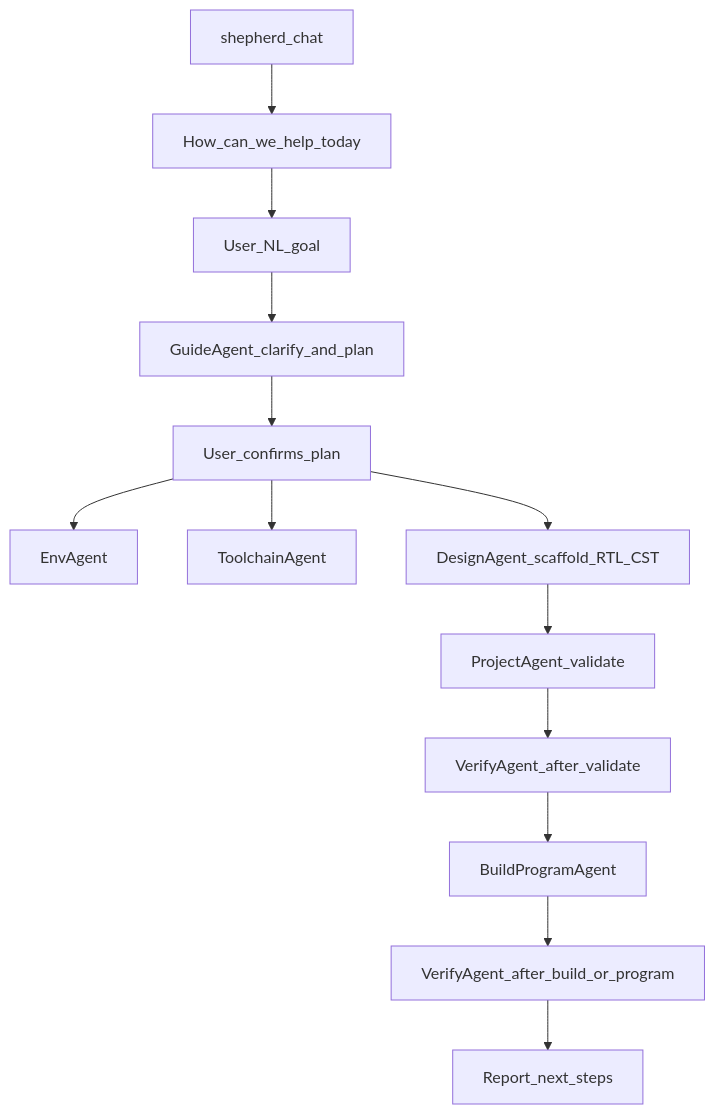
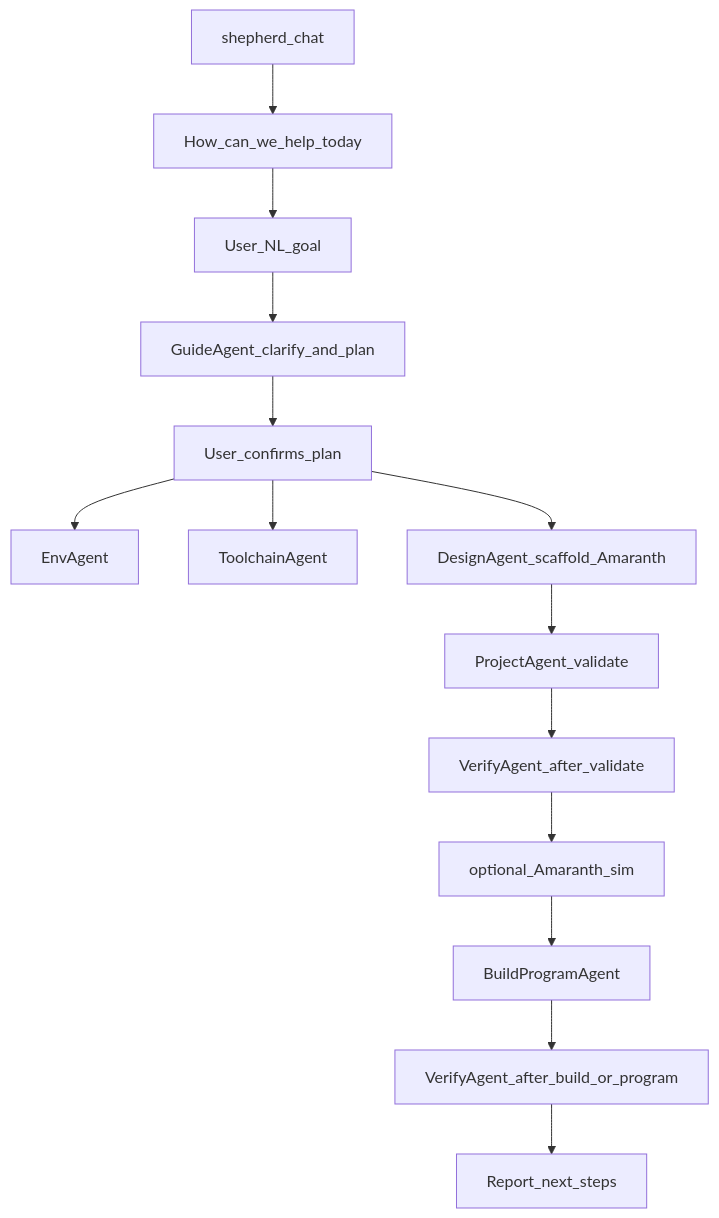
The first of 2 diagrams in PLAN.md (stepacool/FPGA-shepherd), drawn with Mermaid before and after one commit. The commit also changed other lines of this file, not shown here.

First line of the commit message:
Enhance FPGA Shepherd project plan by refining agent interactions and emphasizing Amaranth-first design.

````diff
--- a/PLAN.md
+++ b/PLAN.md
@@ -25,15 +27,16 @@
 ```mermaid
 flowchart TD
   Start[shepherd_chat] --> Ask[How_can_we_help_today]
   Ask --> Goal[User_NL_goal]
   Goal --> Guide[GuideAgent_clarify_and_plan]
   Guide --> Confirm[User_confirms_plan]
   Confirm --> Env[EnvAgent]
   Confirm --> Toolchain[ToolchainAgent]
-  Confirm --> Design[DesignAgent_scaffold_RTL_CST]
+  Confirm --> Design[DesignAgent_scaffold_Amaranth]
   Design --> Project[ProjectAgent_validate]
   Project --> Verify1[VerifyAgent_after_validate]
-  Verify1 --> Build[BuildProgramAgent]
+  Verify1 --> Sim[optional_Amaranth_sim]
+  Sim --> Build[BuildProgramAgent]
   Build --> Verify2[VerifyAgent_after_build_or_program]
   Verify2 --> Done[Report_next_steps]
 ```
````
